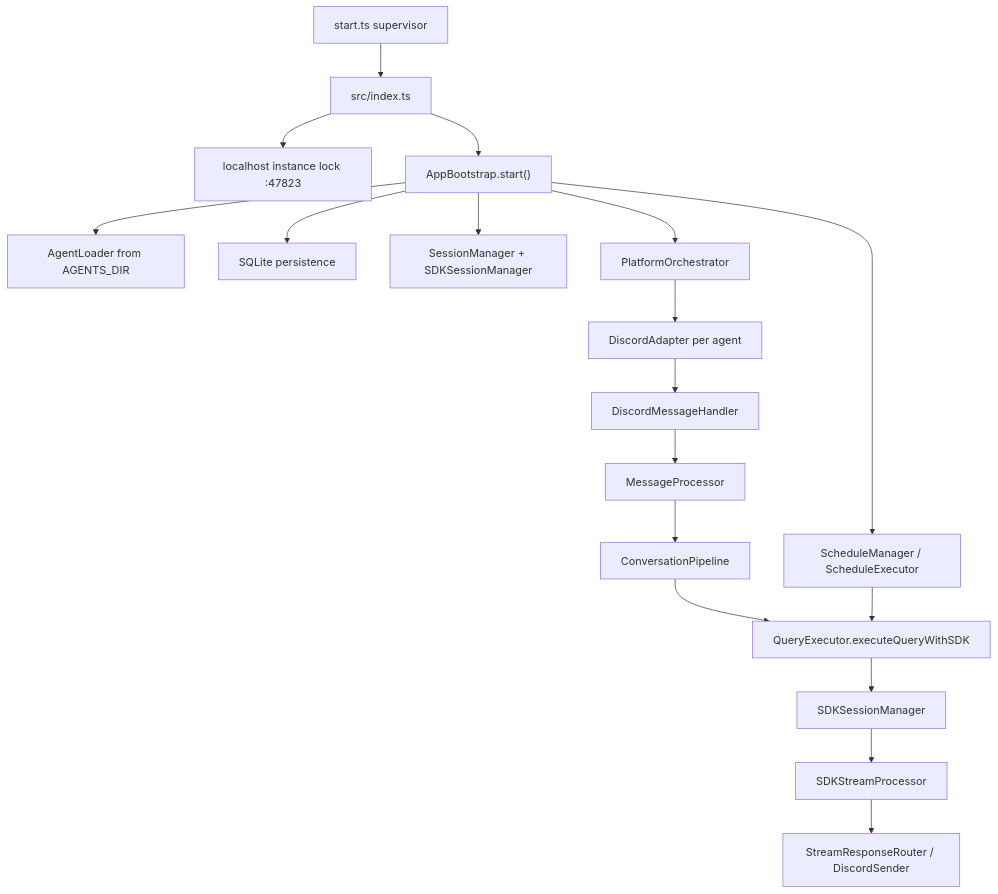
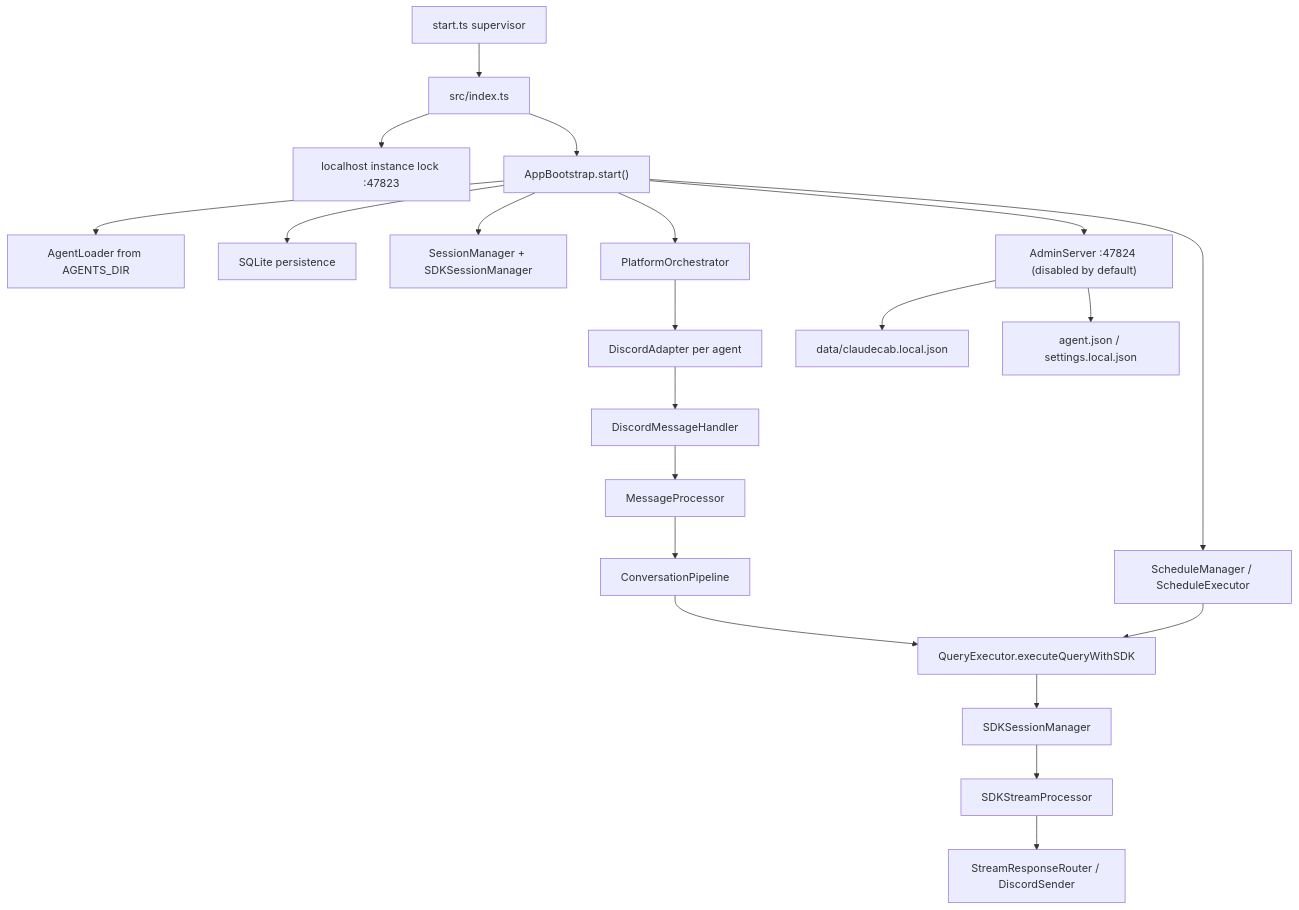
One commit to cablate/ClaudeCrab changed the diagram in docs/ARCHITECTURE.md. Above: the diagram before and after it, drawn with Mermaid. The commit also changed other lines of this file and 19 other files, not shown here.

````diff
--- a/docs/ARCHITECTURE.md
+++ b/docs/ARCHITECTURE.md
@@ -30,20 +31,23 @@
 ```mermaid
 flowchart TD
   Supervisor["start.ts supervisor"] --> Entry["src/index.ts"]
   Entry --> Lock["localhost instance lock :47823"]
   Entry --> Bootstrap["AppBootstrap.start()"]
   Bootstrap --> Agents["AgentLoader from AGENTS_DIR"]
   Bootstrap --> Persistence["SQLite persistence"]
   Bootstrap --> Sessions["SessionManager + SDKSessionManager"]
   Bootstrap --> Orchestrator["PlatformOrchestrator"]
   Orchestrator --> Discord["DiscordAdapter per agent"]
   Discord --> MessageHandler["DiscordMessageHandler"]
   MessageHandler --> Processor["MessageProcessor"]
   Processor --> Pipeline["ConversationPipeline"]
   Pipeline --> Query["QueryExecutor.executeQueryWithSDK"]
   Query --> SDK["SDKSessionManager"]
   SDK --> Stream["SDKStreamProcessor"]
   Stream --> Sender["StreamResponseRouter / DiscordSender"]
   Bootstrap --> Schedule["ScheduleManager / ScheduleExecutor"]
   Schedule --> Query
+  Bootstrap --> Admin["AdminServer :47824 (disabled by default)"]
+  Admin --> LocalConfig["data/claudecab.local.json"]
+  Admin --> AgentFiles["agent.json / settings.local.json"]
 ```
````
